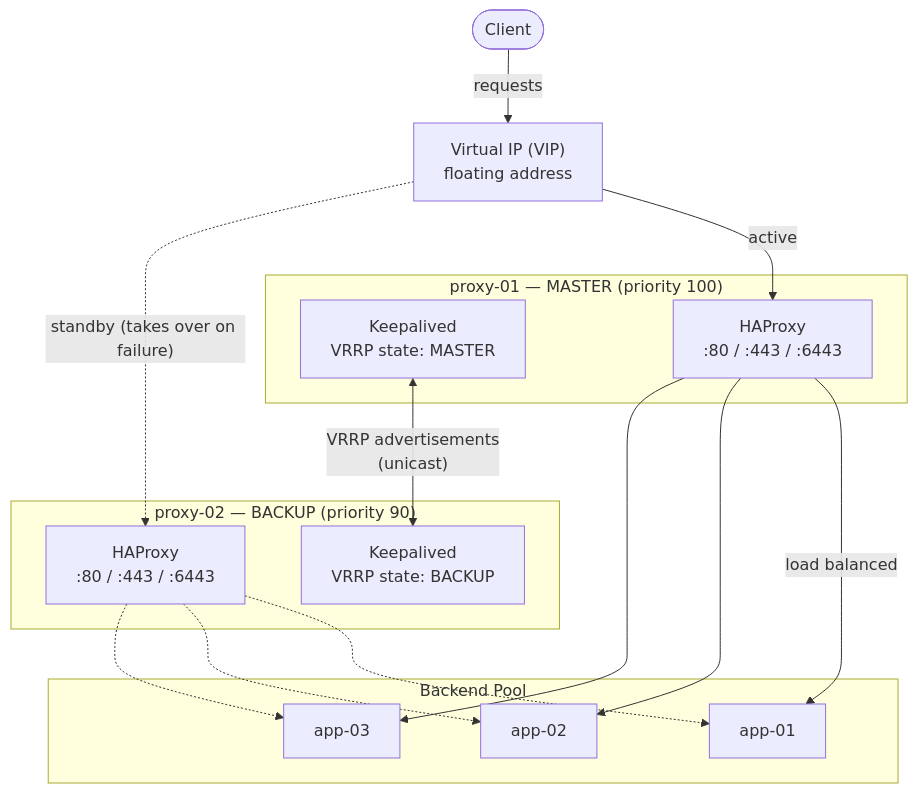
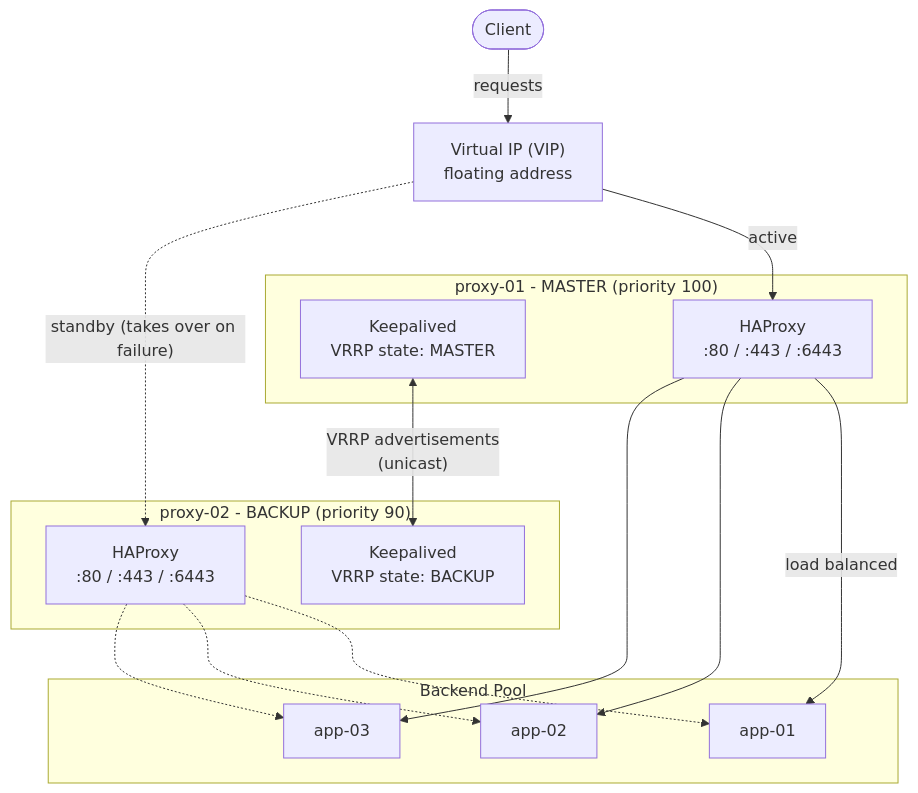
Before and after one commit to devopsgroupeu/ansible-role-haproxy-keepalived: the first of 5 diagrams in docs/ARCHITECTURE.md, drawn with Mermaid. The commit also changed other lines of this file and 58 other files, not shown here.

````diff
--- a/docs/ARCHITECTURE.md
+++ b/docs/ARCHITECTURE.md
@@ -21,33 +21,33 @@
 ```mermaid
 graph TD
     Client(["Client"])
     VIP["Virtual IP (VIP)\nfloating address"]
 
-    subgraph proxy-01 ["proxy-01 — MASTER (priority 100)"]
+    subgraph proxy-01 ["proxy-01 - MASTER (priority 100)"]
         K1["Keepalived\nVRRP state: MASTER"]
         H1["HAProxy\n:80 / :443 / :6443"]
     end
 
-    subgraph proxy-02 ["proxy-02 — BACKUP (priority 90)"]
+    subgraph proxy-02 ["proxy-02 - BACKUP (priority 90)"]
         K2["Keepalived\nVRRP state: BACKUP"]
         H2["HAProxy\n:80 / :443 / :6443"]
     end
 
     subgraph backends ["Backend Pool"]
         B1["app-01"]
         B2["app-02"]
         B3["app-03"]
     end
 
     Client -->|"requests"| VIP
     VIP -->|"active"| H1
     VIP -.->|"standby (takes over on failure)"| H2
     H1 -->|"load balanced"| B1
     H1 --> B2
     H1 --> B3
     H2 -.-> B1
     H2 -.-> B2
     H2 -.-> B3
 
     K1 <-->|"VRRP advertisements\n(unicast)"| K2
 ```
````
